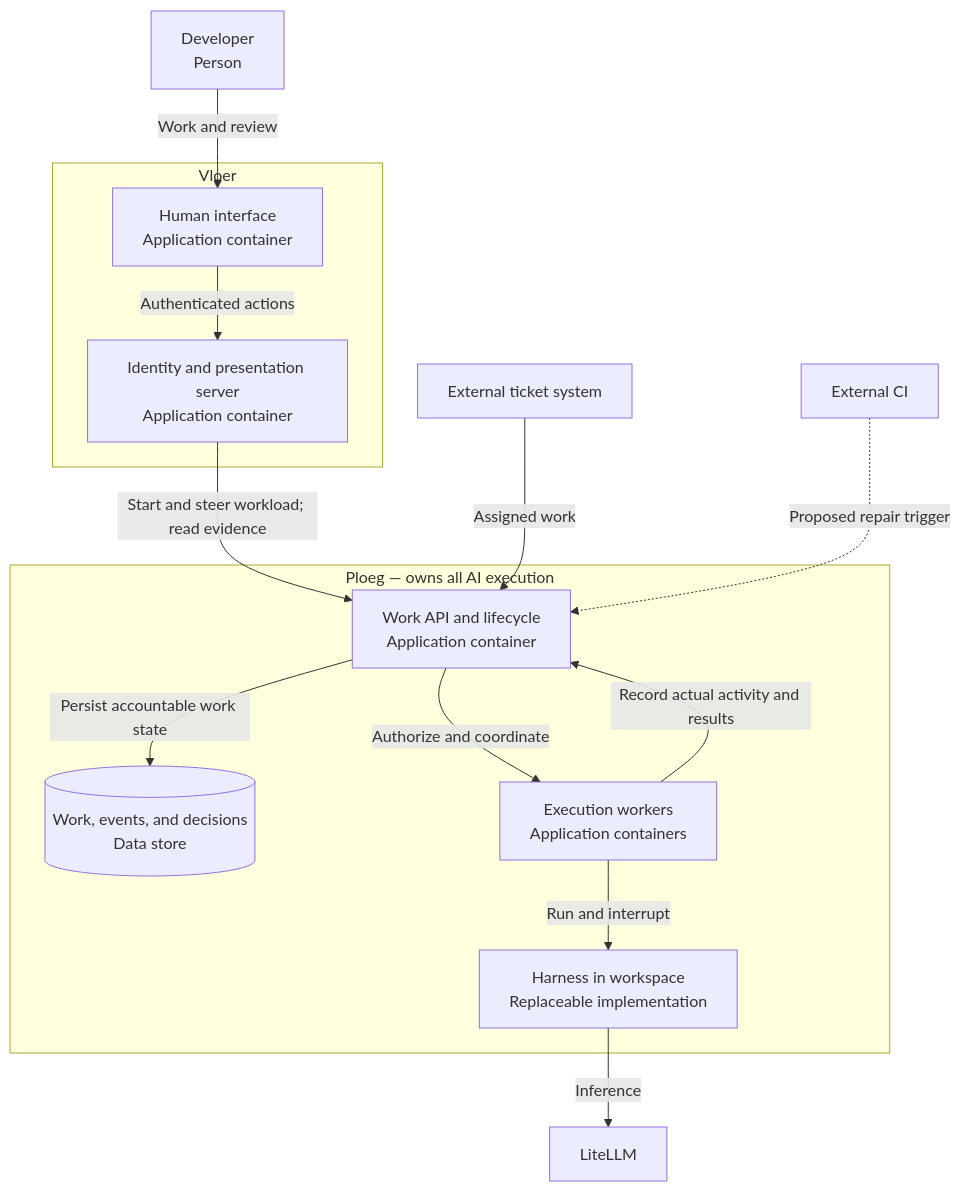
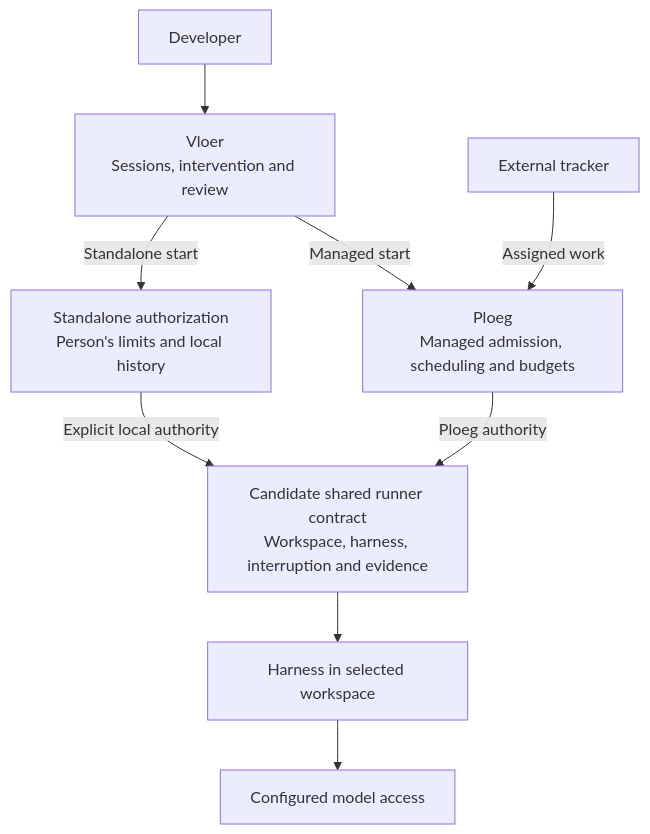
Diagram 13 of 14 in docs/landscape/c4.md (webgrip/glide), drawn with Mermaid before and after one commit. The commit also changed other lines of this file and 62 other files, not shown here.

````diff
--- a/docs/landscape/c4.md
+++ b/docs/landscape/c4.md
@@ -373,27 +373,19 @@
 ```mermaid
 flowchart TB
-    human["Developer<br/>Person"]
-    subgraph vloer["Vloer"]
-        ui["Human interface<br/>Application container"]
-        facade["Identity and presentation server<br/>Application container"]
-    end
-    subgraph ploeg["Ploeg — owns all AI execution"]
-        api["Work API and lifecycle<br/>Application container"]
-        records[("Work, events, and decisions<br/>Data store")]
-        exec["Execution workers<br/>Application containers"]
-        runtime["Harness in workspace<br/>Replaceable implementation"]
-    end
-    t["External ticket system"]
-    ci["External CI"]
-    gateway["LiteLLM"]
-    human -->|Work and review| ui
-    ui -->|Authenticated actions| facade
-    facade -->|Start and steer workload; read evidence| api
-    t -->|Assigned work| api
-    ci -.->|Proposed repair trigger| api
-    api -->|Persist accountable work state| records
-    api -->|Authorize and coordinate| exec
-    exec -->|Run and interrupt| runtime
-    runtime -->|Inference| gateway
-    exec -->|Record actual activity and results| api
+    human["Developer"]
+    vloer["Vloer<br/>Sessions, intervention and review"]
+    local["Standalone authorization<br/>Person's limits and local history"]
+    ploeg["Ploeg<br/>Managed admission, scheduling and budgets"]
+    tracker["External tracker"]
+    runner["Candidate shared runner contract<br/>Workspace, harness, interruption and evidence"]
+    harness["Harness in selected workspace"]
+    model["Configured model access"]
+    human --> vloer
+    vloer -->|Standalone start| local
+    vloer -->|Managed start| ploeg
+    tracker -->|Assigned work| ploeg
+    local -->|Explicit local authority| runner
+    ploeg -->|Ploeg authority| runner
+    runner --> harness
+    harness --> model
 ```
````
